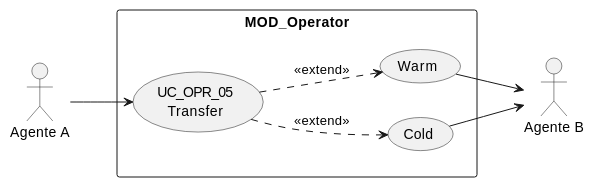
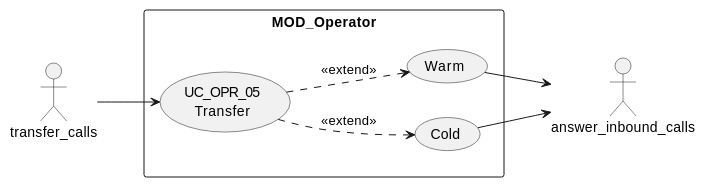
Before and after one commit to jcg-admin/IACT-docs: the first of 4 diagrams in source/requisitos/casos-uso/operator/uc-opr-05/diagramas-uml.rst, drawn with PlantUML. The commit also changed other lines of this file and 77 other files, not shown here.

First line of the commit message:
Enforce RBAC function names as actors in all UML diagrams

```diff
--- a/source/requisitos/casos-uso/operator/uc-opr-05/diagramas-uml.rst
+++ b/source/requisitos/casos-uso/operator/uc-opr-05/diagramas-uml.rst
@@ -10,17 +10,17 @@
 .. uml::
 
  @startuml
  left to right direction
- actor "Agente A" as A
- actor "Agente B" as B
+ actor "transfer_calls" as A
+ actor "answer_inbound_calls" as B
  rectangle "MOD_Operator" {
    usecase "UC_OPR_05\nTransfer" as UC
    usecase "Warm" as W
    usecase "Cold" as C
  }
  A --> UC
  UC ..> W : <<extend>>
  UC ..> C : <<extend>>
  W --> B
  C --> B
  @enduml
```
